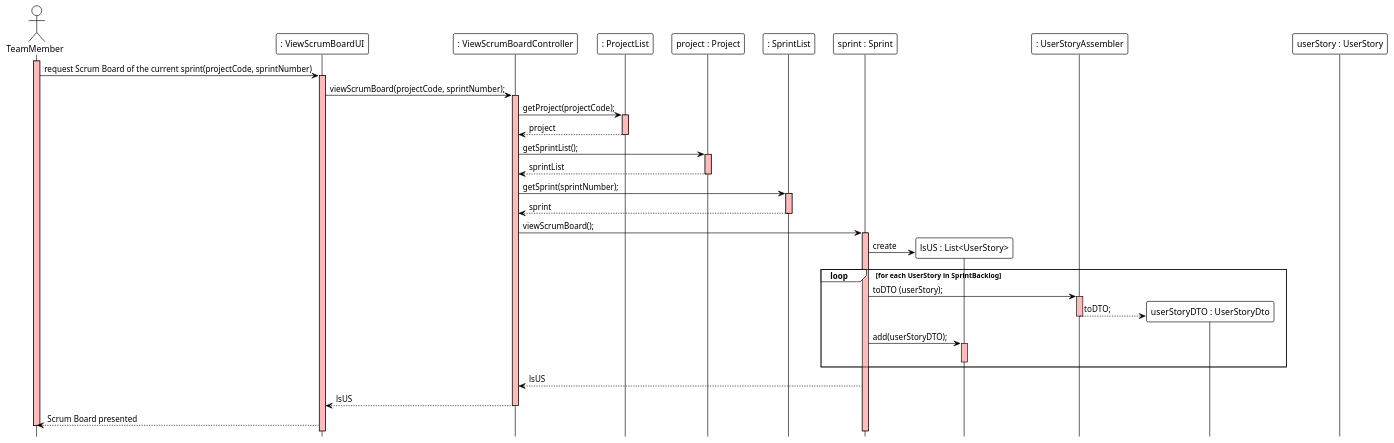
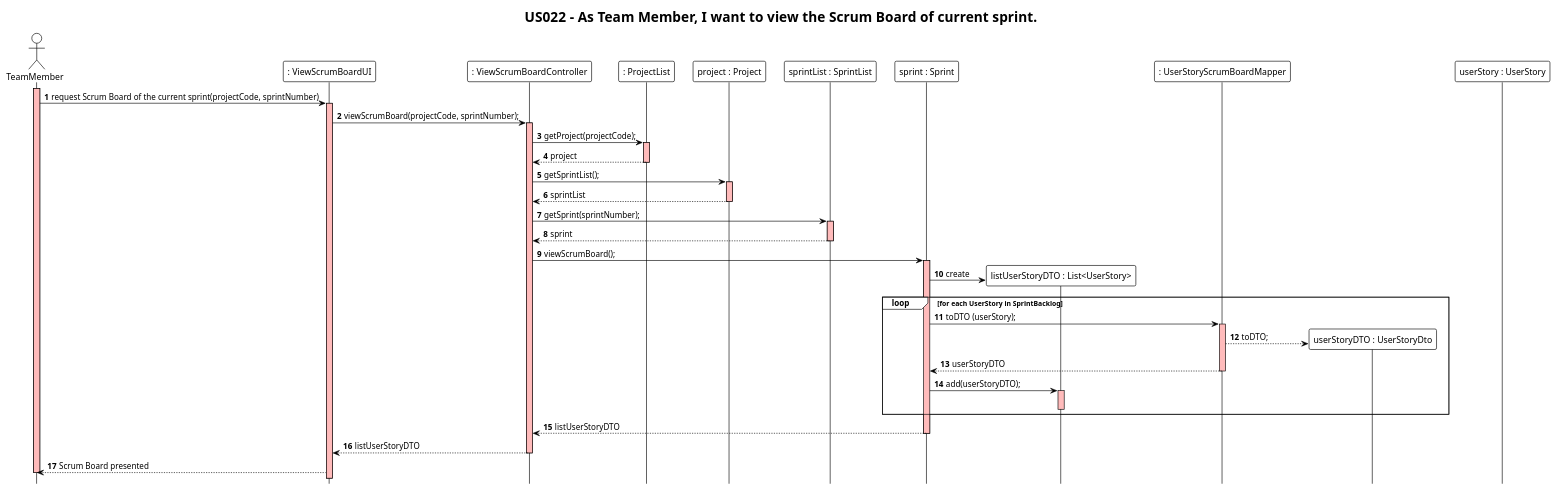
Before and after one commit to ivo-menezes/project_g3: the diagram in docs/modelling_design/user_stories/us022/US022_ViewScrumBoardSD.puml, drawn with PlantUML.

Commit message:
US022: Design: Corrected SD.

```diff
--- a/docs/modelling_design/user_stories/us022/US022_ViewScrumBoardSD.puml
+++ b/docs/modelling_design/user_stories/us022/US022_ViewScrumBoardSD.puml
@@ -1,62 +1,66 @@
 @startuml
 !theme plain
+autonumber
+title "US022 - As Team Member, I want to view the Scrum Board of current sprint."
 hide footbox
 
 actor TeamMember as User
 participant ": ViewScrumBoardUI" as UI
 participant ": ViewScrumBoardController" as Controller
 participant ": ProjectList" as List
 participant "project : Project" as Project
-participant ": SprintList" as SprintList
+participant "sprintList : SprintList" as SprintList
 participant "sprint : Sprint" as Sprint
-participant "lsUS : List<UserStory>" as DTOList
-participant ": UserStoryAssembler" as Assembler
+participant "listUserStoryDTO : List<UserStory>" as DTOList
+participant ": UserStoryScrumBoardMapper" as Assembler
 participant "userStoryDTO : UserStoryDto" as Dto
 participant "userStory : UserStory" as US
 
 activate User #FFBBBB
 User -> UI: request Scrum Board of the current sprint(projectCode, sprintNumber)
 
 activate UI #FFBBBB
 UI -> Controller: viewScrumBoard(projectCode, sprintNumber);
 activate Controller #FFBBBB
 
 Controller -> List: getProject(projectCode);
 activate List #FFBBBB
 List --> Controller: project
 deactivate List
 
 Controller -> Project: getSprintList();
 activate Project #FFBBBB
 Project --> Controller: sprintList
 deactivate Project
 
 Controller -> SprintList: getSprint(sprintNumber);
 activate SprintList #FFBBBB
 SprintList --> Controller: sprint
 deactivate SprintList
 
 Controller -> Sprint: viewScrumBoard();
 activate Sprint #FFBBBB
 
 Sprint -> DTOList **: create
 
 loop for each UserStory in SprintBacklog
 
 
 Sprint -> Assembler: toDTO (userStory);
 activate Assembler #FFBBBB
 Assembler --> Dto **: toDTO;
+Assembler --> Sprint: userStoryDTO
 deactivate Assembler
 Sprint -> DTOList: add(userStoryDTO);
 activate DTOList #FFBBBB
 deactivate DTOList
 end
 
-Sprint --> Controller: lsUS
-Controller --> UI: lsUS
+Sprint --> Controller: listUserStoryDTO
+deactivate Sprint
+Controller --> UI: listUserStoryDTO
 deactivate Controller
 
 UI --> User: Scrum Board presented
 deactivate User
 @enduml
```
